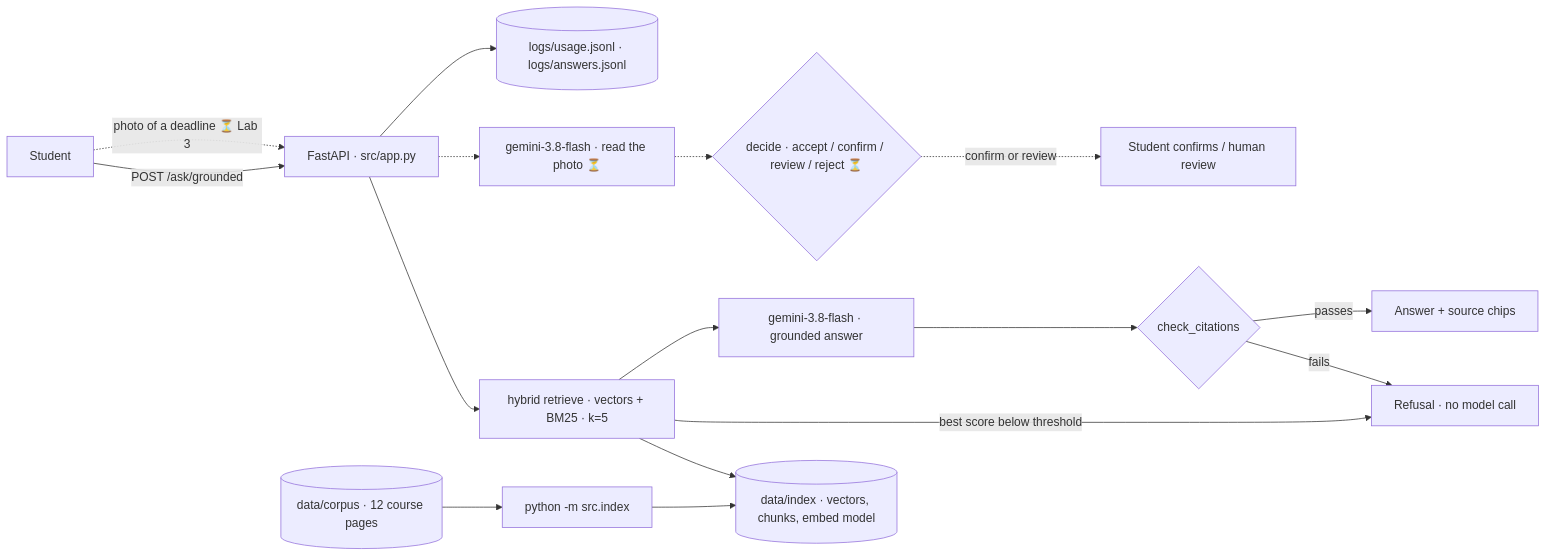
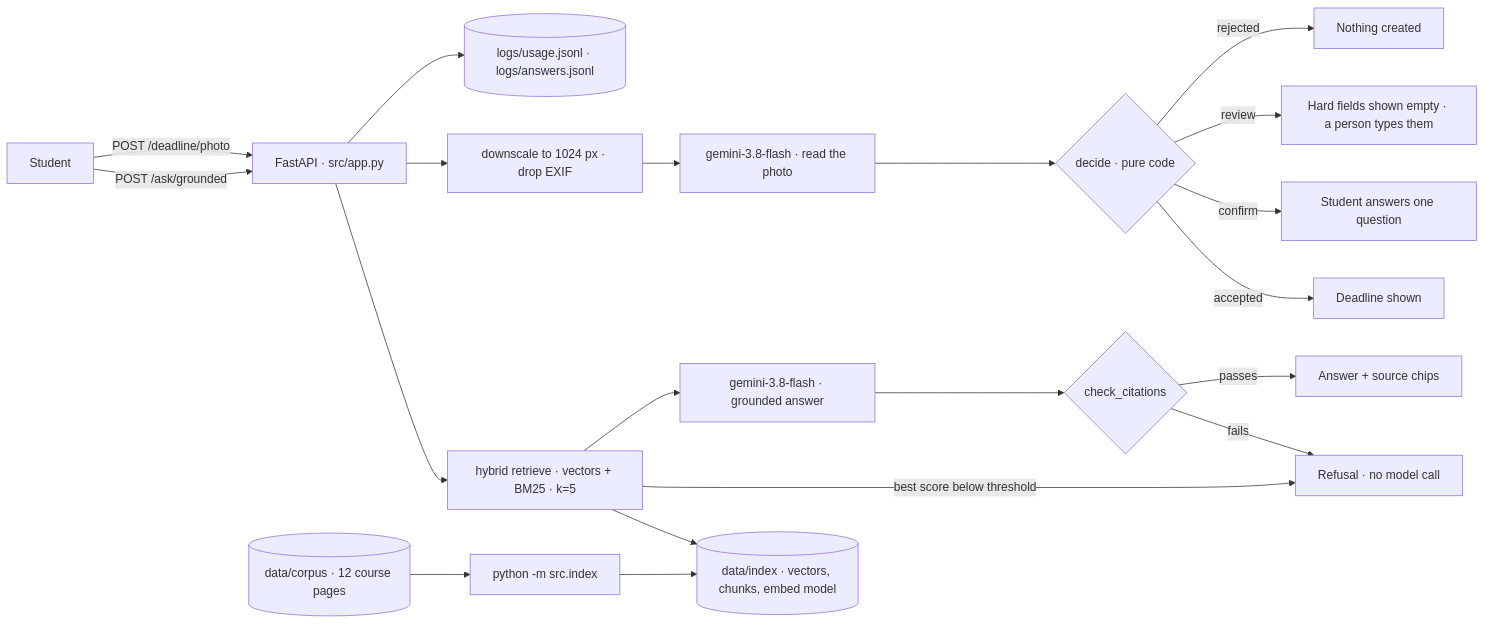
Before and after one commit to NTsik0/TeamRepoAIPoweredApps: the diagram in docs/DESIGN-REVIEW.md, drawn with Mermaid. The commit also changed other lines of this file, not shown here.

Commit message:
Design Review: fill Lab 3 parts with the live photo run (4/4) and photo cost

````diff
--- a/docs/DESIGN-REVIEW.md
+++ b/docs/DESIGN-REVIEW.md
@@ -22,17 +20,20 @@
 ```mermaid
 flowchart LR
   S[Student] -->|POST /ask/grounded| API[FastAPI · src/app.py]
-  S -.->|photo of a deadline ⏳ Lab 3| API
+  S -->|POST /deadline/photo| API
   API --> R[hybrid retrieve · vectors + BM25 · k=5]
   R --> IDX[(data/index · vectors, chunks, embed model)]
   R -->|best score below threshold| REF[Refusal · no model call]
   R --> M1[gemini-3.8-flash · grounded answer]
   M1 --> CC{check_citations}
   CC -->|fails| REF
   CC -->|passes| ANS[Answer + source chips]
-  API -.-> M2[gemini-3.8-flash · read the photo ⏳]
-  M2 -.-> D{decide · accept / confirm / review / reject ⏳}
-  D -.->|confirm or review| H[Student confirms / human review]
+  API --> DS[downscale to 1024 px · drop EXIF] --> M2[gemini-3.8-flash · read the photo]
+  M2 --> D{decide · pure code}
+  D -->|accepted| DL[Deadline shown]
+  D -->|confirm| H1[Student answers one question]
+  D -->|review| H2[Hard fields shown empty · a person types them]
+  D -->|rejected| NO[Nothing created]
   CORPUS[(data/corpus · 12 course pages)] --> ING[python -m src.index] --> IDX
   API --> LOG[(logs/usage.jsonl · logs/answers.jsonl)]
 ```
````
